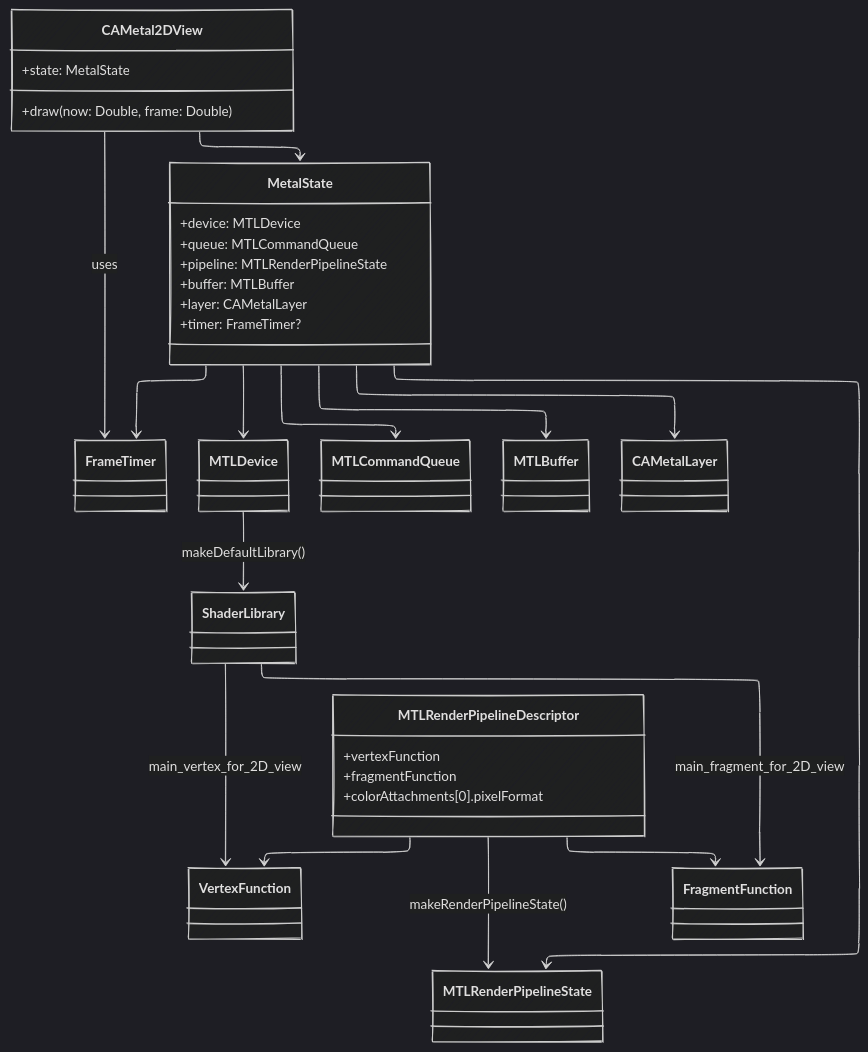
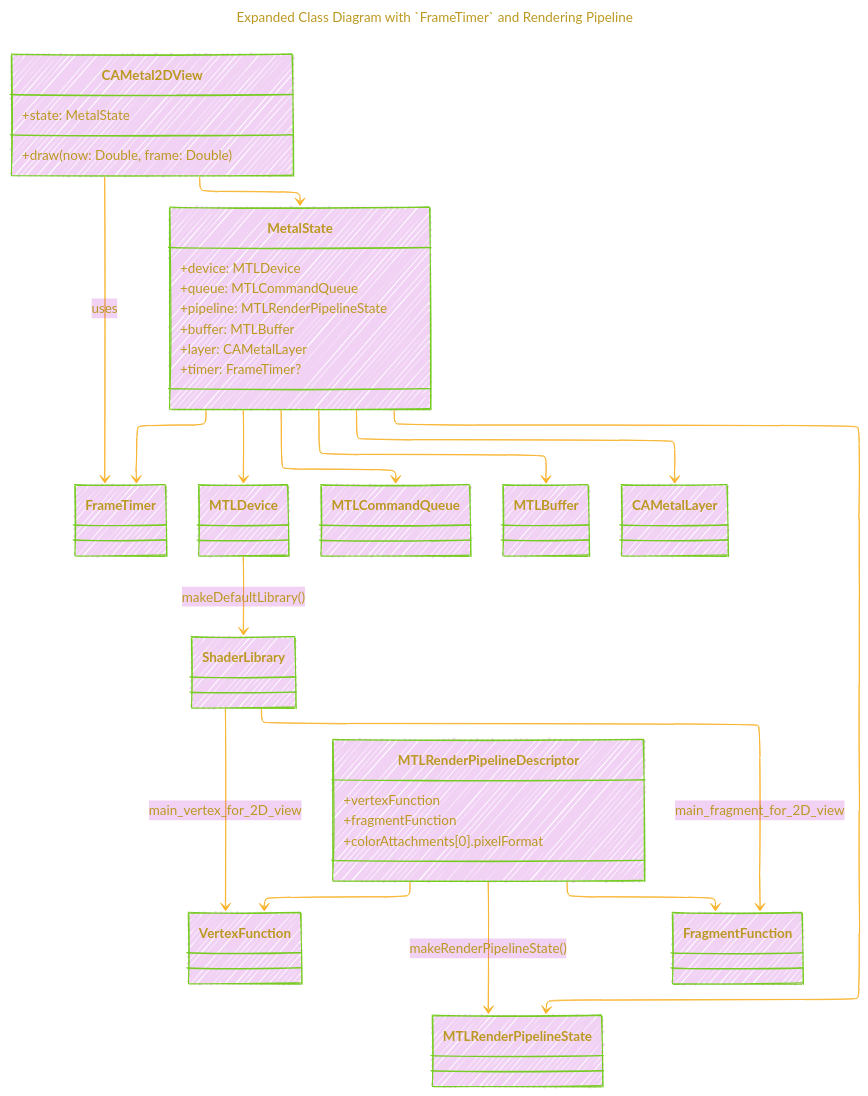
Before and after one commit to CongLeSolutionX/Metal-Primitives: diagram 16 of 26 in DOCUMENTATIONS/Documentation.md, drawn with Mermaid. The commit also changed other lines of this file, not shown here.

````diff
--- a/DOCUMENTATIONS/Documentation.md
+++ b/DOCUMENTATIONS/Documentation.md
@@ -931,45 +1079,59 @@
 ```mermaid
 ---
+title: "Expanded Class Diagram with `FrameTimer` and Rendering Pipeline"
 config:
   layout: elk
   look: handDrawn
-  theme: dark
+  theme: base
 ---
+%%%%%%%% Mermaid version v11.4.1-b.14
+%%{
+  init: {
+    "classDiagram": { "htmlLabels": false },
+    'fontFamily': 'Fantasy',
+    'themeVariables': {
+      'primaryColor': '#B2C3',
+      'primaryTextColor': '#B92',
+      'primaryBorderColor': '#7c2',
+      'lineColor': '#F8B229'
+    }
+  }
+}%%
 classDiagram
     class CAMetal2DView {
         +state: MetalState
         +draw(now: Double, frame: Double)
     }
     CAMetal2DView --> MetalState
     CAMetal2DView --> FrameTimer : uses
 
     class MetalState {
         +device: MTLDevice
         +queue: MTLCommandQueue
         +pipeline: MTLRenderPipelineState
         +buffer: MTLBuffer
         +layer: CAMetalLayer
         +timer: FrameTimer?
     }
     MetalState --> MTLDevice
     MetalState --> MTLCommandQueue
     MetalState --> MTLRenderPipelineState
     MetalState --> MTLBuffer
     MetalState --> CAMetalLayer
     MetalState --> FrameTimer
 
     class ShaderLibrary
     MTLDevice --> ShaderLibrary : makeDefaultLibrary()
     ShaderLibrary --> VertexFunction : main_vertex_for_2D_view
     ShaderLibrary --> FragmentFunction : main_fragment_for_2D_view
     MTLRenderPipelineDescriptor --> VertexFunction
     MTLRenderPipelineDescriptor --> FragmentFunction
 
     MTLRenderPipelineDescriptor --> MTLRenderPipelineState : makeRenderPipelineState()
 
     class MTLRenderPipelineDescriptor {
         +vertexFunction
         +fragmentFunction
         +colorAttachments[0].pixelFormat
     }
 ```
````
